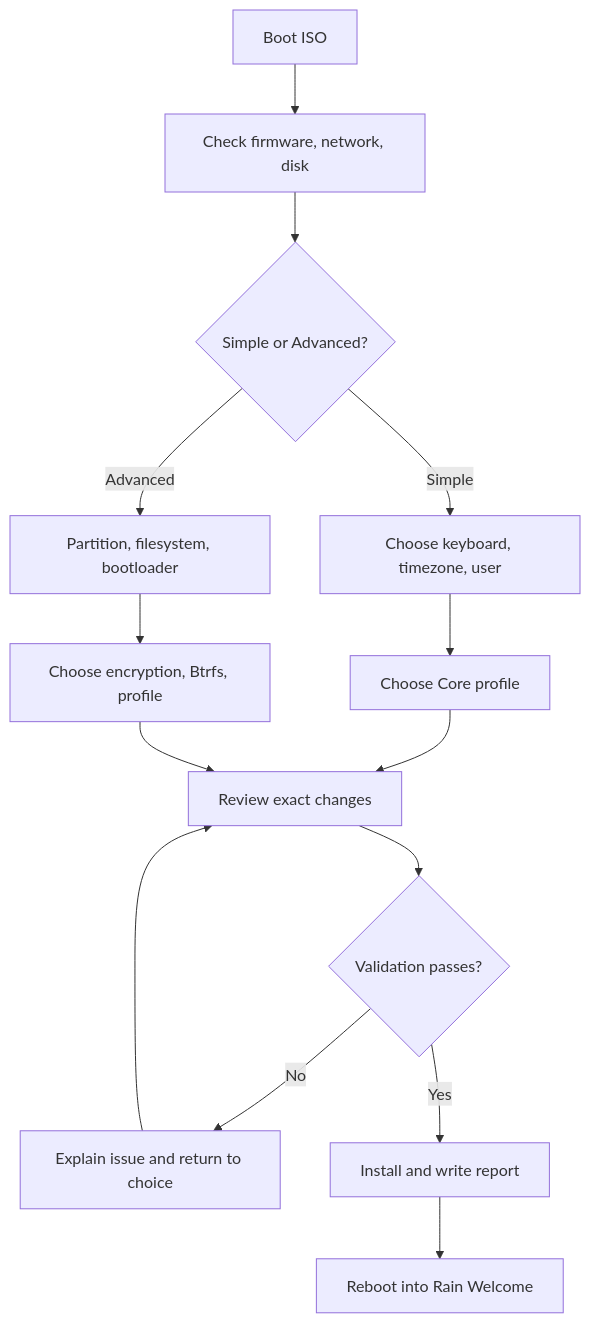
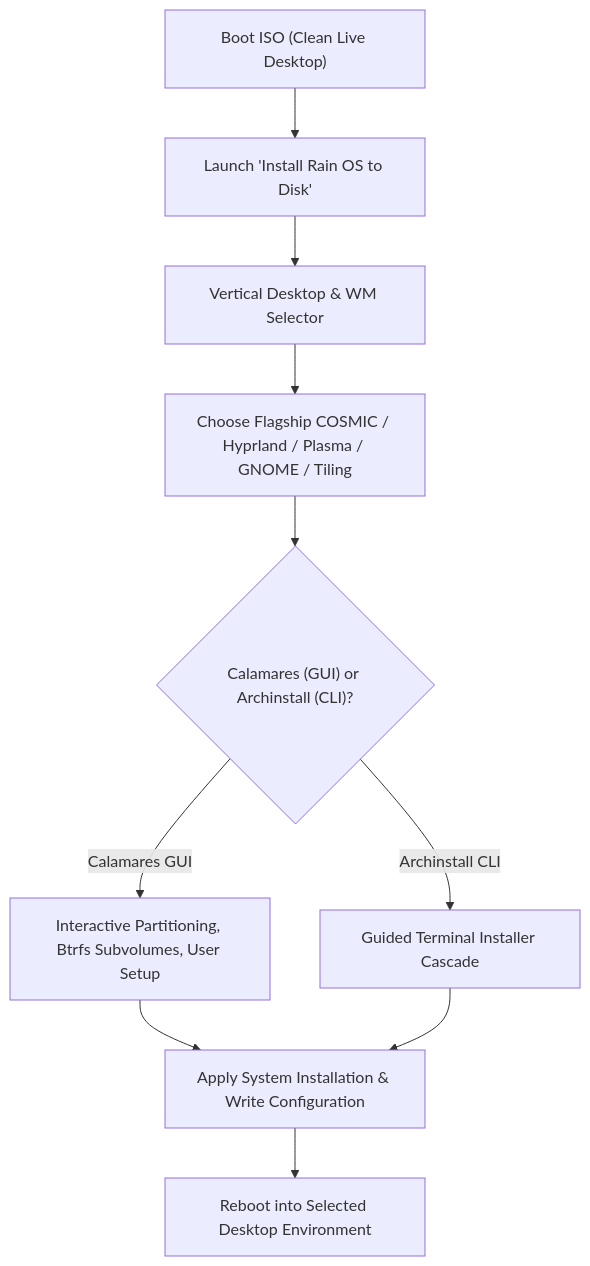
One commit to dasara-varun/rain-os changed the first of 5 diagrams in docs/APP_FLOW.md. Above: the diagram before and after it, drawn with Mermaid. The commit also changed other lines of this file and 8 other files, not shown here.

Commit message:
docs: synchronize guides, README, system flows, and technical specification with v1.3.0 production baseline

````diff
--- a/docs/APP_FLOW.md
+++ b/docs/APP_FLOW.md
@@ -16,16 +18,12 @@
 ```mermaid
 flowchart TD
-  A[Boot ISO] --> B[Check firmware, network, disk]
-  B --> C{Simple or Advanced?}
-  C -->|Simple| D[Choose keyboard, timezone, user]
-  C -->|Advanced| E[Partition, filesystem, bootloader]
-  D --> F[Choose Core profile]
-  E --> G[Choose encryption, Btrfs, profile]
-  F --> H[Review exact changes]
+  A["Boot ISO (Clean Live Desktop)"] --> B["Launch 'Install Rain OS to Disk'"]
+  B --> C["Vertical Desktop & WM Selector"]
+  C --> D["Choose Flagship COSMIC / Hyprland / Plasma / GNOME / Tiling"]
+  D --> E{"Calamares (GUI) or Archinstall (CLI)?"}
+  E -->|Calamares GUI| F["Interactive Partitioning, Btrfs Subvolumes, User Setup"]
+  E -->|Archinstall CLI| G["Guided Terminal Installer Cascade"]
+  F --> H["Apply System Installation & Write Configuration"]
   G --> H
-  H --> I{Validation passes?}
-  I -->|No| J[Explain issue and return to choice]
-  J --> H
-  I -->|Yes| K[Install and write report]
-  K --> L[Reboot into Rain Welcome]
+  H --> I["Reboot into Selected Desktop Environment"]
 ```
````
